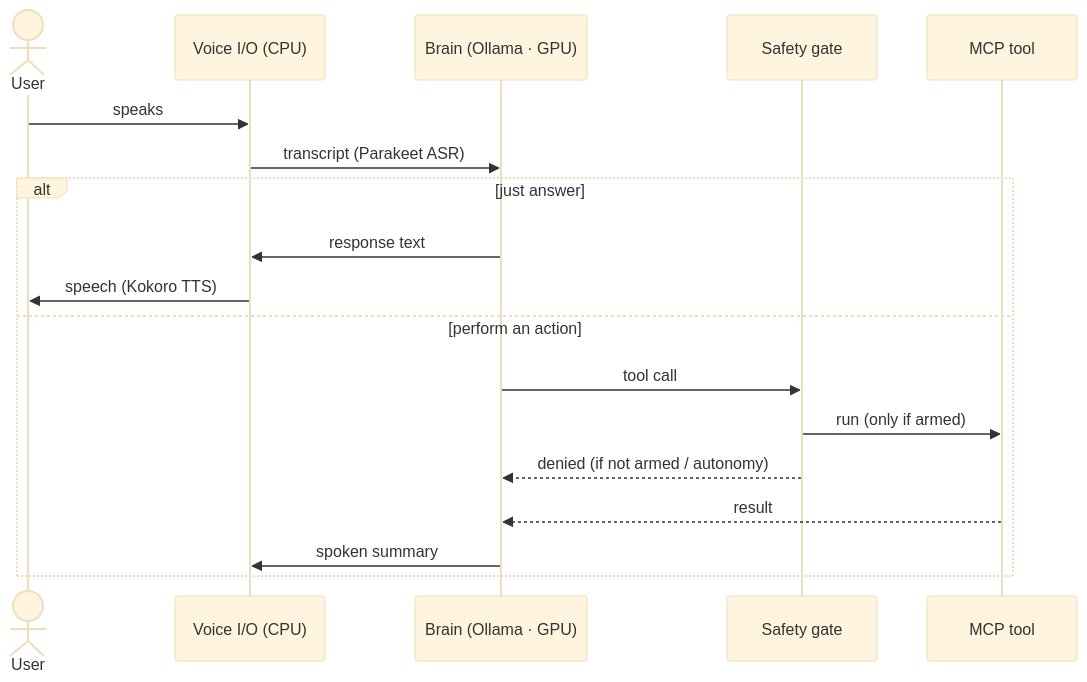
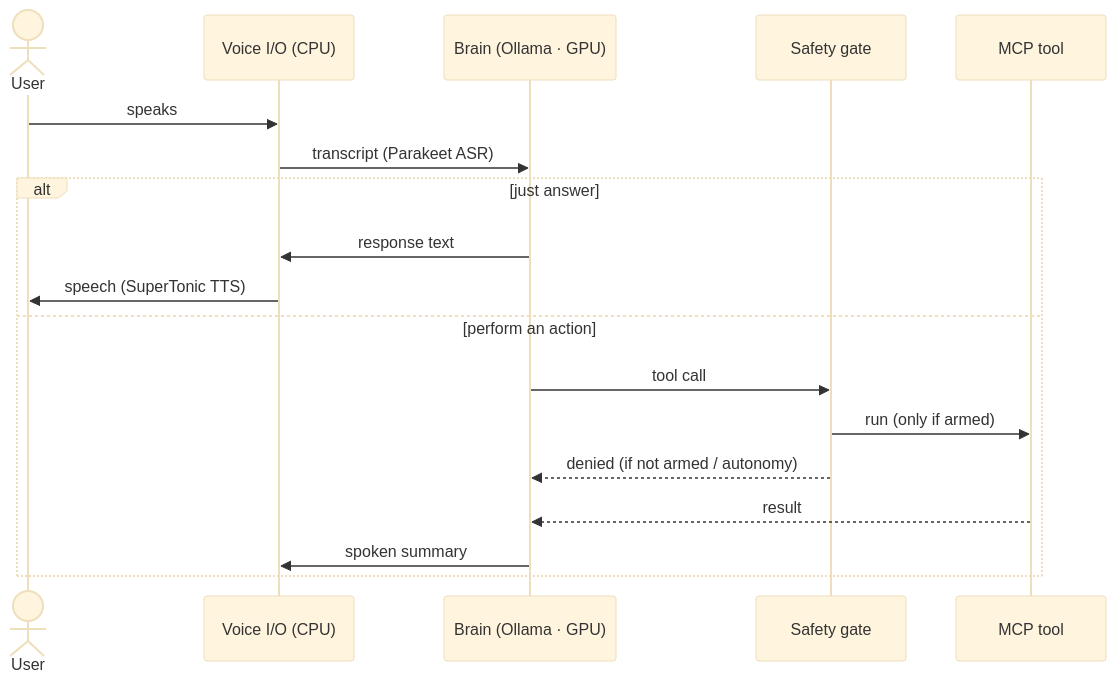
Before and after one commit to itsDigvijaysing/AI_Linux_Assistant: the second of 3 diagrams in README.md, drawn with Mermaid (base theme). The commit also changed other lines of this file and 49 other files, not shown here.

Commit message:
Complete v1: desktop skills + hybrid retrieval, PipeWire AEC barge-in, GNOME overlay, SuperTonic TTS, unified sudo-free launcher

````diff
--- a/README.md
+++ b/README.md
@@ -44,20 +46,20 @@
 ```mermaid
 sequenceDiagram
     actor U as User
     participant V as Voice I/O (CPU)
     participant B as Brain (Ollama · GPU)
     participant G as Safety gate
     participant T as MCP tool
     U->>V: speaks
     V->>B: transcript (Parakeet ASR)
     alt just answer
         B->>V: response text
-        V->>U: speech (Kokoro TTS)
+        V->>U: speech (SuperTonic TTS)
     else perform an action
         B->>G: tool call
         G->>T: run (only if armed)
         G-->>B: denied (if not armed / autonomy)
         T-->>B: result
         B->>V: spoken summary
     end
 ```
````
